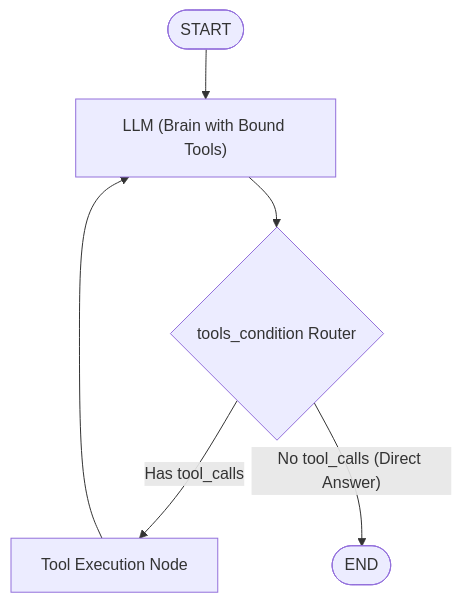
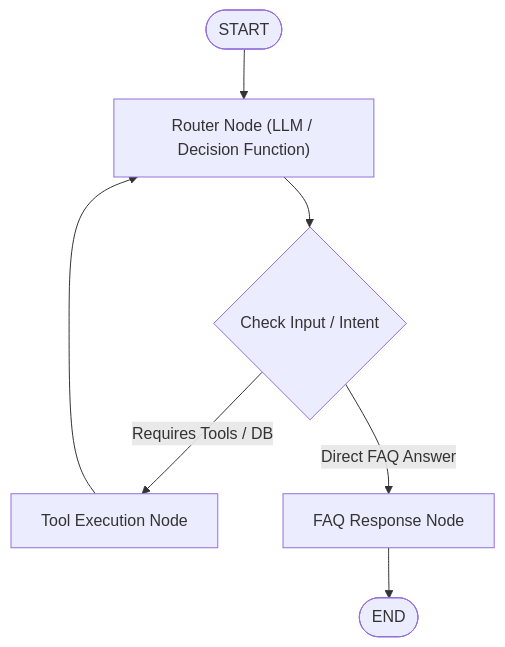
The first of 3 diagrams in README.md (Shivanshvyas1729/Krish_naik_rag_notes2), drawn with Mermaid before and after one commit. The commit also changed other lines of this file and 7 other files, not shown here.

````diff
--- a/README.md
+++ b/README.md
@@ -329,8 +167,9 @@
 ```mermaid
 flowchart TD
-    START([START]) --> LLM["LLM (Brain with Bound Tools)"]
-    LLM --> Decision{"tools_condition Router"}
-    Decision -->|"Has tool_calls"| Tools["Tool Execution Node"]
-    Decision -->|"No tool_calls (Direct Answer)"| END([END])
-    Tools --> LLM
+    START([START]) --> Router["Router Node (LLM / Decision Function)"]
+    Router --> Decision{"Check Input / Intent"}
+    Decision -->|"Requires Tools / DB"| ToolNode["Tool Execution Node"]
+    Decision -->|"Direct FAQ Answer"| FAQNode["FAQ Response Node"]
+    ToolNode --> Router
+    FAQNode --> END([END])
 ```
````
